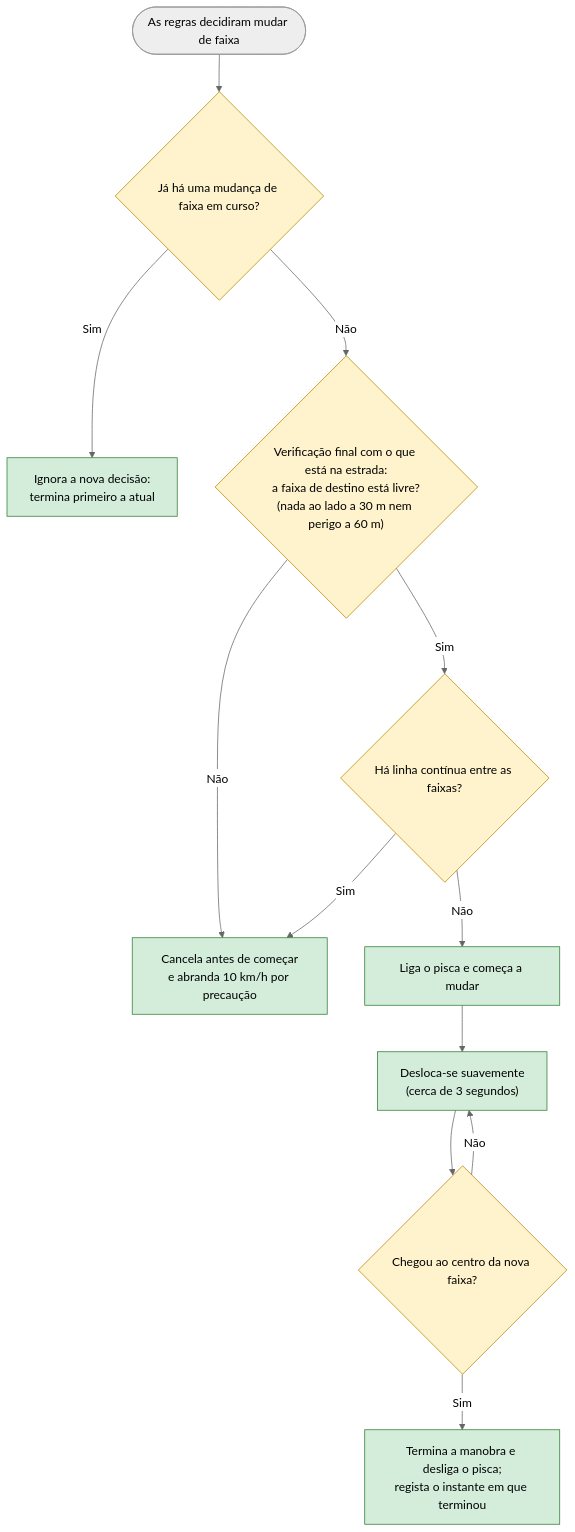
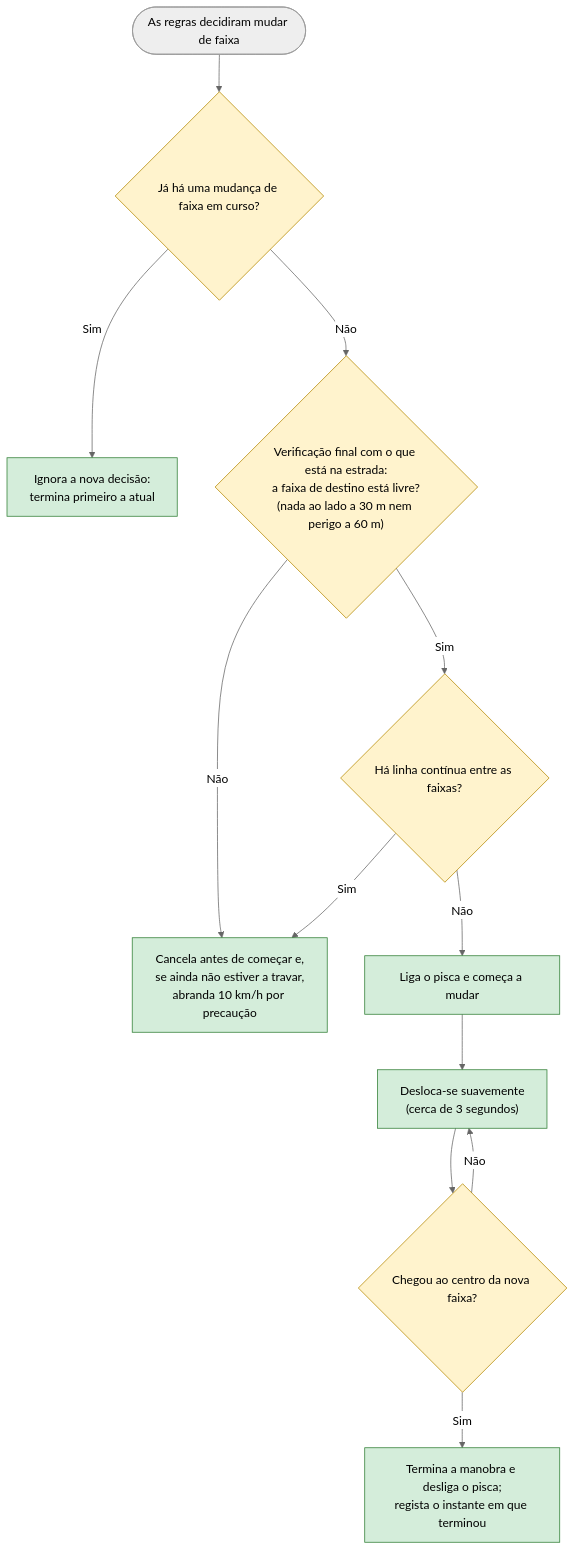
Before and after one commit to 1-2Drive/projeto-1: the diagram in docs/fluxogramas/fluxogramas_apresentar/16-mudanca-de-faixa-em-curso.md, drawn with Mermaid (neutral theme). The commit also changed 38 other files, not shown here.

````diff
--- a/docs/fluxogramas/fluxogramas_apresentar/16-mudanca-de-faixa-em-curso.md
+++ b/docs/fluxogramas/fluxogramas_apresentar/16-mudanca-de-faixa-em-curso.md
@@ -5,19 +5,19 @@
 ```mermaid
 flowchart TD
     S(["As regras decidiram mudar de faixa"]) --> Q1{"Já há uma mudança de faixa em curso?"}
     Q1 -- "Sim" --> A9["Ignora a nova decisão:<br/>termina primeiro a atual"]
     Q1 -- "Não" --> Q2{"Verificação final com o que está na estrada:<br/>a faixa de destino está livre?<br/>(nada ao lado a 30 m nem perigo a 60 m)"}
-    Q2 -- "Não" --> A0["Cancela antes de começar<br/>e abranda 10 km/h por precaução"]
+    Q2 -- "Não" --> A0["Cancela antes de começar e,<br/>se ainda não estiver a travar,<br/>abranda 10 km/h por precaução"]
     Q2 -- "Sim" --> Q3{"Há linha contínua entre as faixas?"}
     Q3 -- "Sim" --> A0
     Q3 -- "Não" --> A1["Liga o pisca e começa a mudar"]
     A1 --> A2["Desloca-se suavemente<br/>(cerca de 3 segundos)"]
     A2 --> Q4{"Chegou ao centro da nova faixa?"}
     Q4 -- "Não" --> A2
     Q4 -- "Sim" --> A3["Termina a manobra e desliga o pisca;<br/>regista o instante em que terminou"]
 
     classDef dec fill:#fff3cd,stroke:#b58900,color:#000
     classDef acao fill:#d4edda,stroke:#2e7d32,color:#000
     class Q1,Q2,Q3,Q4 dec
     class A0,A1,A2,A3,A9 acao
 ```
````
